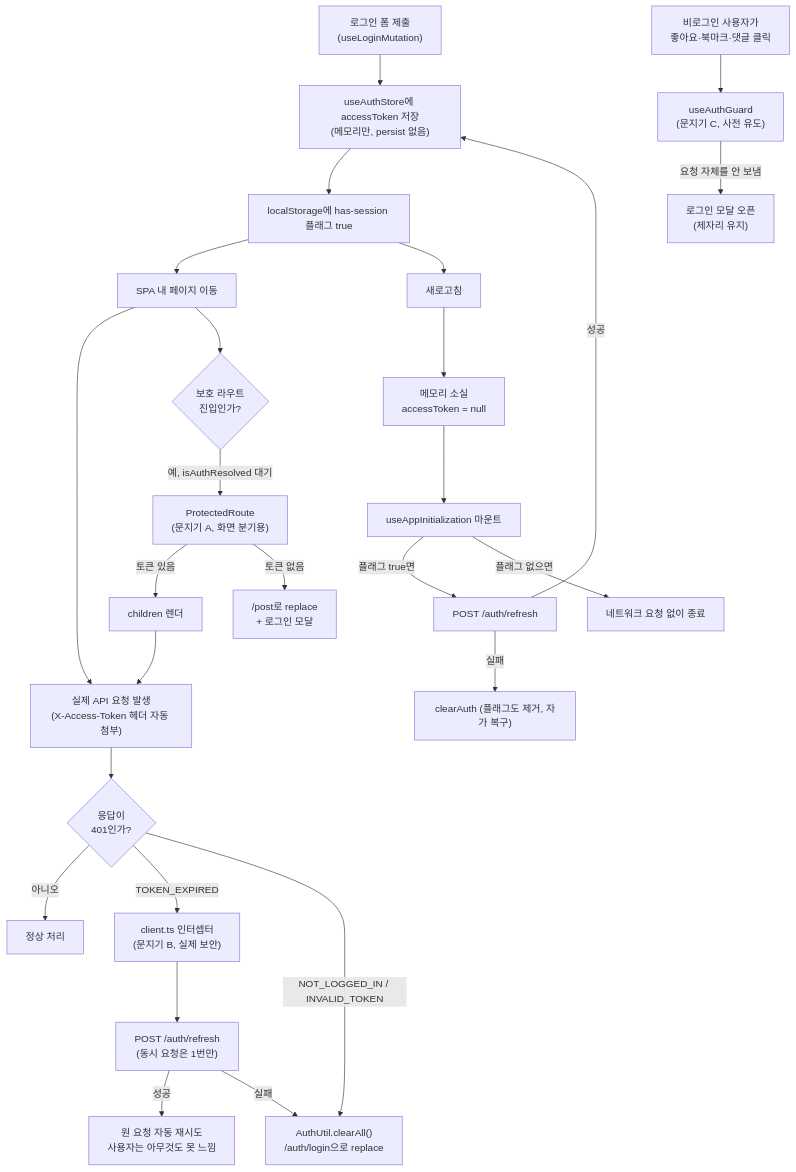
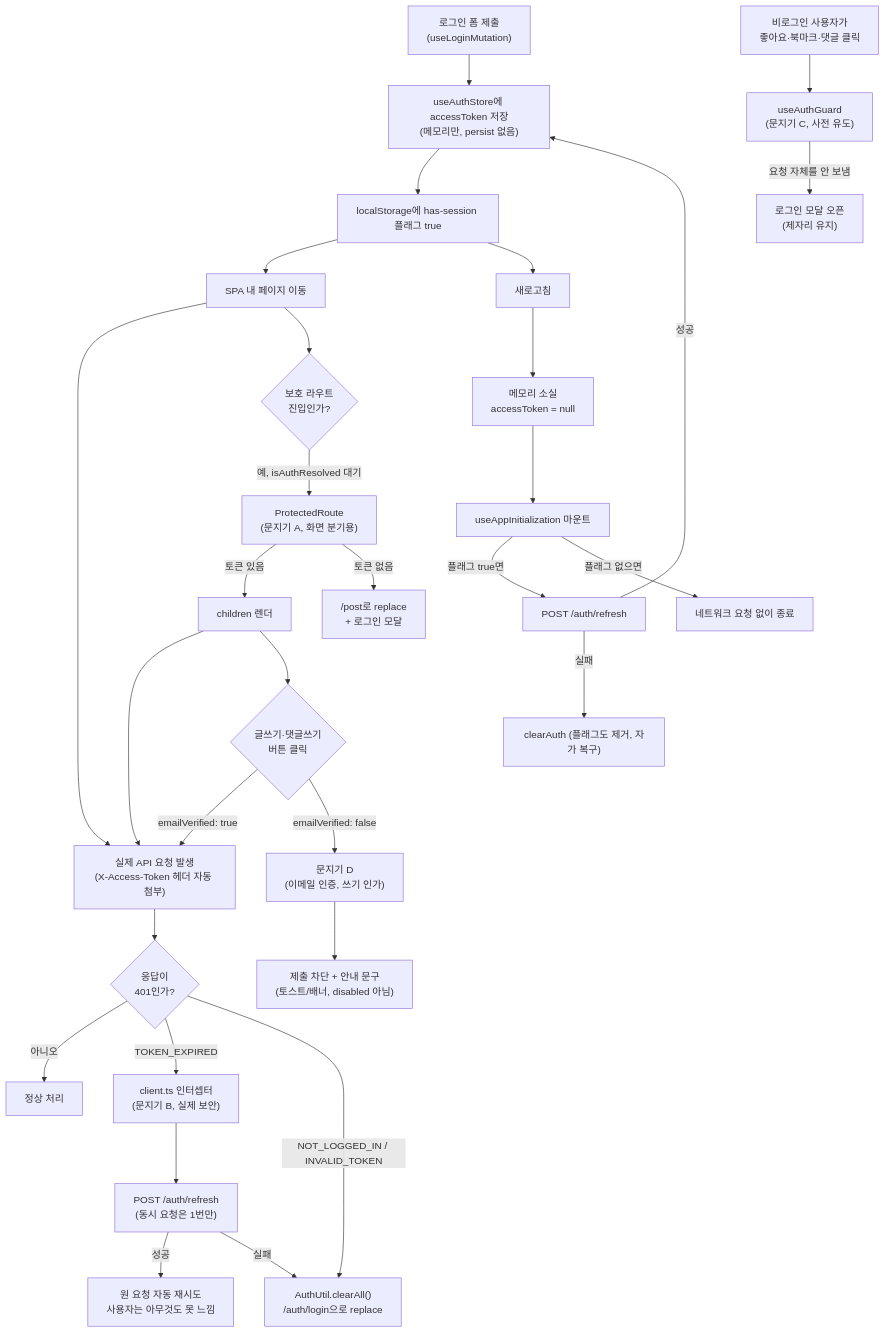
One commit to BAECHAN/link-sphere_FE_NEW changed the diagram in docs/AUTH.md. Above: the diagram before and after it, drawn with Mermaid. The commit also changed other lines of this file and 1 other file, not shown here.

First line of the commit message:
docs(auth): 게이트 D(이메일 인증 쓰기 인가) 반영해 AUTH.md 최신화 (#259)

````diff
--- a/docs/AUTH.md
+++ b/docs/AUTH.md
@@ -20,33 +21,38 @@
 ```mermaid
 flowchart TD
     Login["로그인 폼 제출<br/>(useLoginMutation)"] --> Store["useAuthStore에 accessToken 저장<br/>(메모리만, persist 없음)"]
     Store --> Flag["localStorage에 has-session 플래그 true"]
 
     Flag --> Nav["SPA 내 페이지 이동"]
     Nav --> API1["실제 API 요청 발생<br/>(X-Access-Token 헤더 자동 첨부)"]
 
     Flag --> Reload["새로고침"]
     Reload --> MemGone["메모리 소실<br/>accessToken = null"]
     MemGone --> Init["useAppInitialization 마운트"]
     Init -->|"플래그 true면"| Refresh1["POST /auth/refresh"]
     Init -->|"플래그 없으면"| Skip["네트워크 요청 없이 종료"]
     Refresh1 -->|성공| Store
     Refresh1 -->|실패| ClearA["clearAuth (플래그도 제거, 자가 복구)"]
 
     Nav --> Protected{"보호 라우트<br/>진입인가?"}
     Protected -->|예, isAuthResolved 대기| Gate["ProtectedRoute<br/>(문지기 A, 화면 분기용)"]
     Gate -->|"토큰 있음"| Children["children 렌더"]
     Gate -->|"토큰 없음"| RedirectFeed["/post로 replace<br/>+ 로그인 모달"]
 
     Children --> API1
     API1 --> Check401{"응답이<br/>401인가?"}
     Check401 -->|"아니오"| Done["정상 처리"]
     Check401 -->|"TOKEN_EXPIRED"| Interceptor["client.ts 인터셉터<br/>(문지기 B, 실제 보안)"]
     Interceptor --> Refresh2["POST /auth/refresh<br/>(동시 요청은 1번만)"]
     Refresh2 -->|성공| Retry["원 요청 자동 재시도<br/>사용자는 아무것도 못 느낌"]
     Refresh2 -->|실패| ClearB["AuthUtil.clearAll()<br/>/auth/login으로 replace"]
     Check401 -->|"NOT_LOGGED_IN / INVALID_TOKEN"| ClearB
 
     Anon["비로그인 사용자가<br/>좋아요·북마크·댓글 클릭"] --> GuardC["useAuthGuard<br/>(문지기 C, 사전 유도)"]
     GuardC -->|"요청 자체를 안 보냄"| Modal["로그인 모달 오픈<br/>(제자리 유지)"]
+
+    Children --> WriteClick{"글쓰기·댓글쓰기<br/>버튼 클릭"}
+    WriteClick -->|"emailVerified: true"| API1
+    WriteClick -->|"emailVerified: false"| GateD["문지기 D<br/>(이메일 인증, 쓰기 인가)"]
+    GateD --> BlockWrite["제출 차단 + 안내 문구<br/>(토스트/배너, disabled 아님)"]
 ```
````
